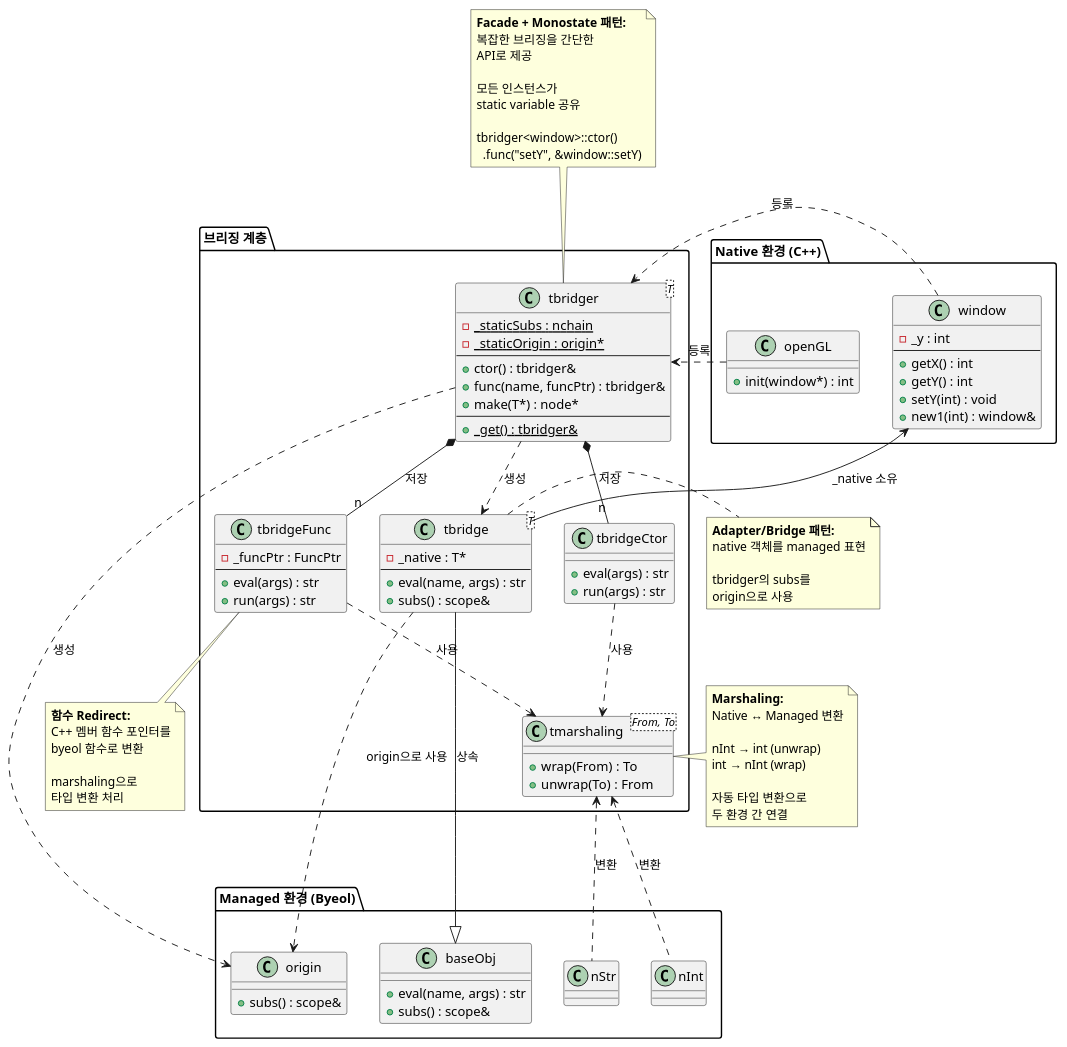
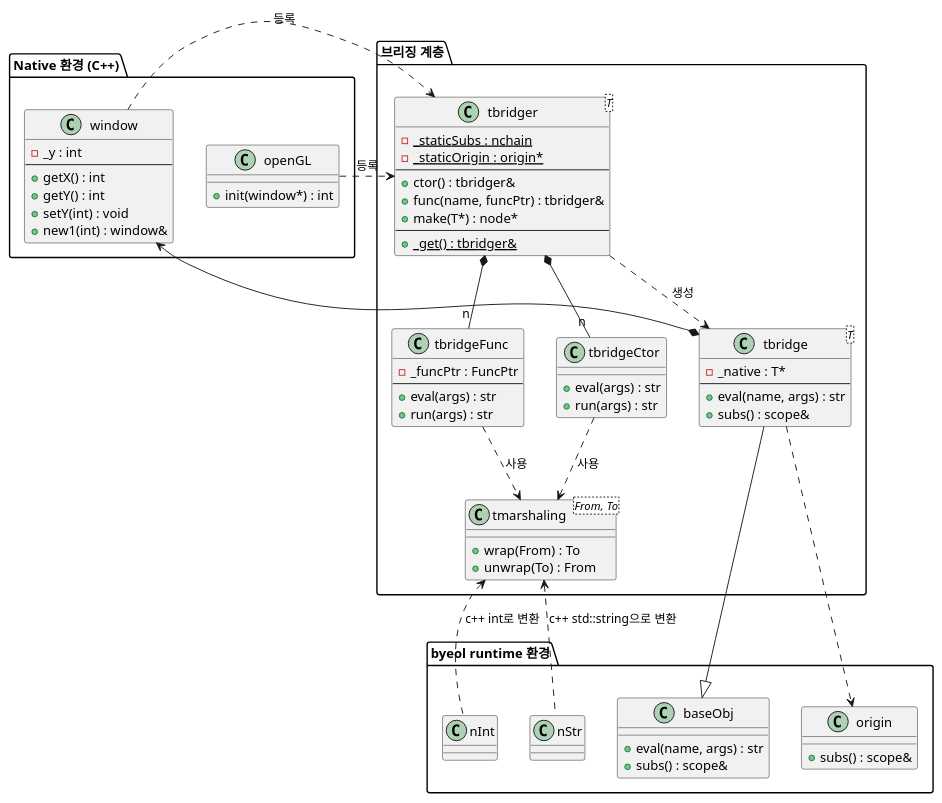
One commit to byeolang/byeol changed the ninth of 19 diagrams in doc/ref/ko/ai-architecture-core.md. Above: the diagram before and after it, drawn with PlantUML. The commit also changed other lines of this file, not shown here.

```diff
--- a/doc/ref/ko/ai-architecture-core.md
+++ b/doc/ref/ko/ai-architecture-core.md
@@ -2197,7 +2134,7 @@
     }
 }
 
-package "Managed 환경 (Byeol)" {
+package "byeol runtime 환경" {
     class "baseObj" as baseObj {
         + eval(name, args) : str
         + subs() : scope&
@@ -2211,62 +2148,20 @@
     class "nStr" as nStr
 }
 
-note top of tbridger
-  <b>Facade + Monostate 패턴:</b>
-  복잡한 브리징을 간단한
-  API로 제공
-
-  모든 인스턴스가
-  static variable 공유
-
-  tbridger<window>::ctor()
-    .func("setY", &window::setY)
-end note
-
-note right of tbridge
-  <b>Adapter/Bridge 패턴:</b>
-  native 객체를 managed 표현
-
-  tbridger의 subs를
-  origin으로 사용
-end note
-
-note bottom of tbridgeFunc
-  <b>함수 Redirect:</b>
-  C++ 멤버 함수 포인터를
-  byeol 함수로 변환
-
-  marshaling으로
-  타입 변환 처리
-end note
-
-note left of tmarshaling
-  <b>Marshaling:</b>
-  Native ↔ Managed 변환
-
-  nInt → int (unwrap)
-  int → nInt (wrap)
-
-  자동 타입 변환으로
-  두 환경 간 연결
-end note
-
 window .right.> tbridger : 등록
 openGL .right.> tbridger : 등록
 
 tbridger ..> tbridge : 생성
-tbridger *-- "n" tbridgeFunc : 저장
-tbridger *-- "n" tbridgeCtor : 저장
-tbridger ..> origin : 생성
+tbridger *-- "n" tbridgeFunc
+tbridger *-- "n" tbridgeCtor
 
-tbridge --|> baseObj : 상속
-tbridge --> window : _native 소유
+tbridge --|> baseObj
+tbridge *--> window
 tbridgeFunc ..> tmarshaling : 사용
 tbridgeCtor ..> tmarshaling : 사용
 
-tbridge ..> origin : origin으로 사용
+tbridge ..> origin
 
-nInt .up.> tmarshaling : 변환
-nStr .up.> tmarshaling : 변환
-
+nInt .up.> tmarshaling : c++ int로 변환
+nStr .up.> tmarshaling : c++ std::string으로 변환
 @enduml
```
